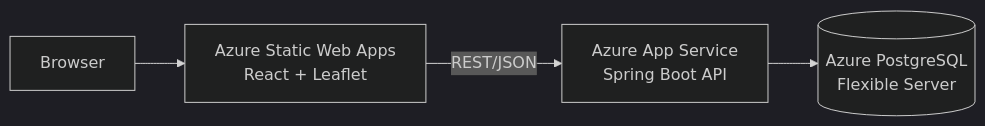
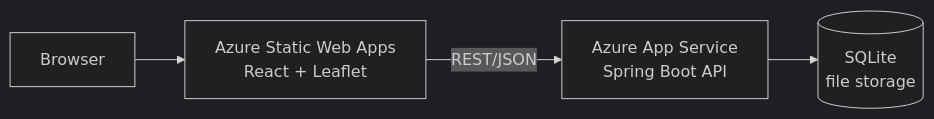
One commit to wummlamm/customer-map changed the diagram in README.md. Above: the diagram before and after it, drawn with Mermaid (dark theme). The commit also changed other lines of this file, not shown here.

````diff
--- a/README.md
+++ b/README.md
@@ -23,6 +25,6 @@
 ```mermaid
 flowchart LR
     U[Browser] --> SWA[Azure Static Web Apps<br/>React + Leaflet]
     SWA -->|REST/JSON| API[Azure App Service<br/>Spring Boot API]
-    API --> DB[(Azure PostgreSQL<br/>Flexible Server)]
+    API --> DB[(SQLite<br/>file storage)]
 ```
````
